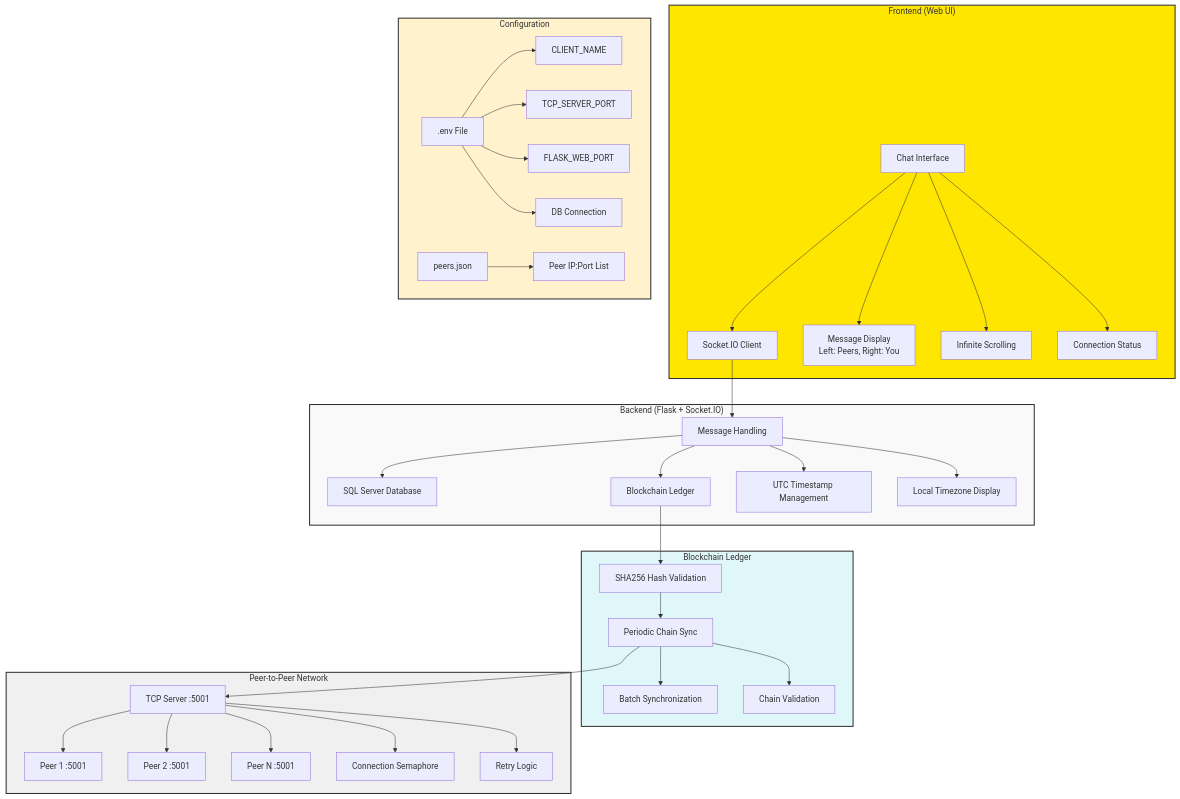
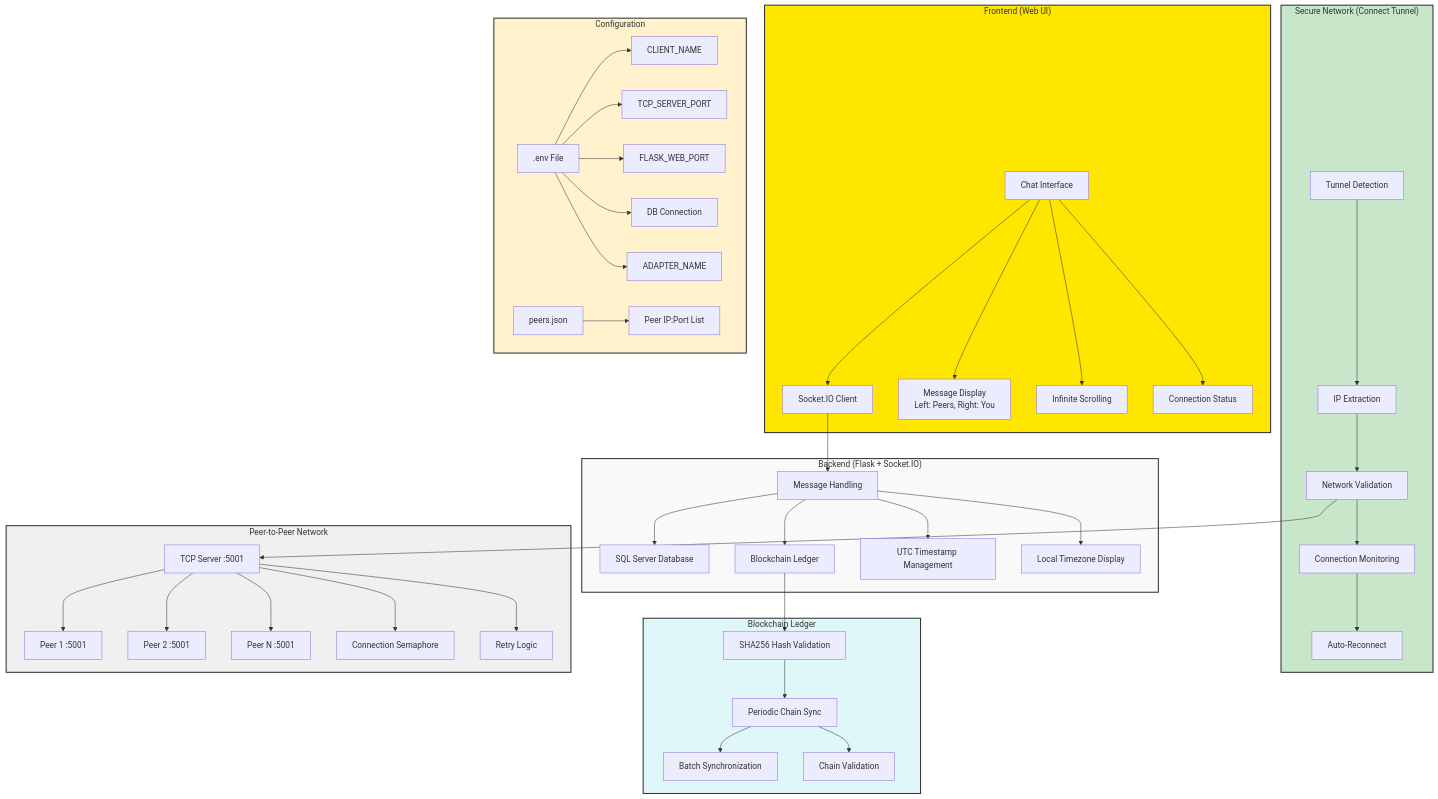
One commit to MadhuriSakunde1995/ey-gds-group-chat-app changed the diagram in README.md. Above: the diagram before and after it, drawn with Mermaid. The commit also changed other lines of this file and 1 other file, not shown here.

````diff
--- a/README.md
+++ b/README.md
@@ -56,47 +65,56 @@
 ```mermaid
 flowchart TD
     subgraph UI["Frontend (Web UI)"]
         A[Chat Interface] --> B[Socket.IO Client]
         A --> A1[Message Display<br/>Left: Peers, Right: You]
         A --> A2[Infinite Scrolling]
         A --> A3[Connection Status]
     end
 
     subgraph App["Backend (Flask + Socket.IO)"]
         B --> C[Message Handling]
         C --> D[SQL Server Database]
         C --> E[Blockchain Ledger]
         C --> C1[UTC Timestamp Management]
         C --> C2[Local Timezone Display]
     end
 
+    subgraph Tunnel["Secure Network (Connect Tunnel)"]
+        T1[Tunnel Detection] --> T2[IP Extraction]
+        T2 --> T3[Network Validation]
+        T3 --> T4[Connection Monitoring]
+        T4 --> T5[Auto-Reconnect]
+    end
+
     subgraph Ledger["Blockchain Ledger"]
         E --> F[SHA256 Hash Validation]
         F --> G[Periodic Chain Sync]
         G --> G1[Batch Synchronization]
         G --> G2[Chain Validation]
     end
 
     subgraph P2P["Peer-to-Peer Network"]
-        G --> H[TCP Server :5001]
+        T3 --> H[TCP Server :5001]
         H --> I[Peer 1 :5001]
         H --> J[Peer 2 :5001]
         H --> K[Peer N :5001]
         H --> H1[Connection Semaphore]
         H --> H2[Retry Logic]
     end
 
     subgraph Config["Configuration"]
         L[.env File] --> L1[CLIENT_NAME]
         L --> L2[TCP_SERVER_PORT]
         L --> L3[FLASK_WEB_PORT]
         L --> L4[DB Connection]
+        L --> L5[ADAPTER_NAME]
         M[peers.json] --> M1[Peer IP:Port List]
     end
 
     style UI fill:#ffe600,stroke:#333,stroke-width:2px
     style App fill:#f9f9f9,stroke:#333,stroke-width:2px
+    style Tunnel fill:#c8e6c9,stroke:#333,stroke-width:2px
     style Ledger fill:#e0f7fa,stroke:#333,stroke-width:2px
     style P2P fill:#f0f0f0,stroke:#333,stroke-width:2px
     style Config fill:#fff2cc,stroke:#333,stroke-width:2px
 ```
````
